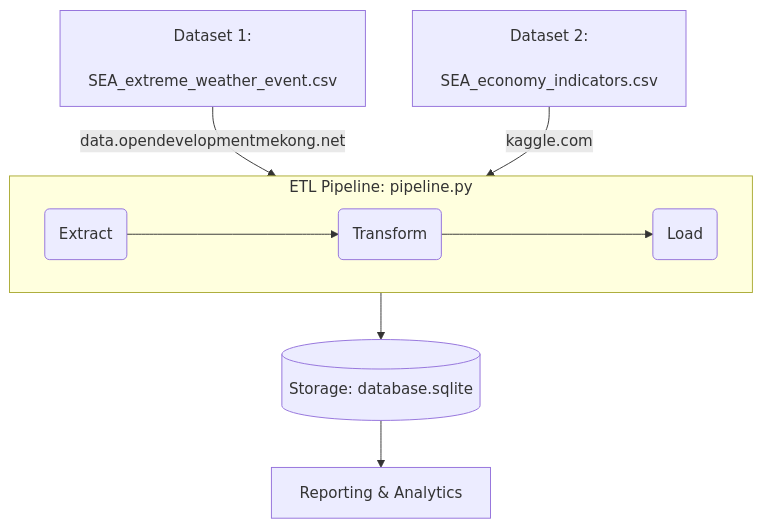
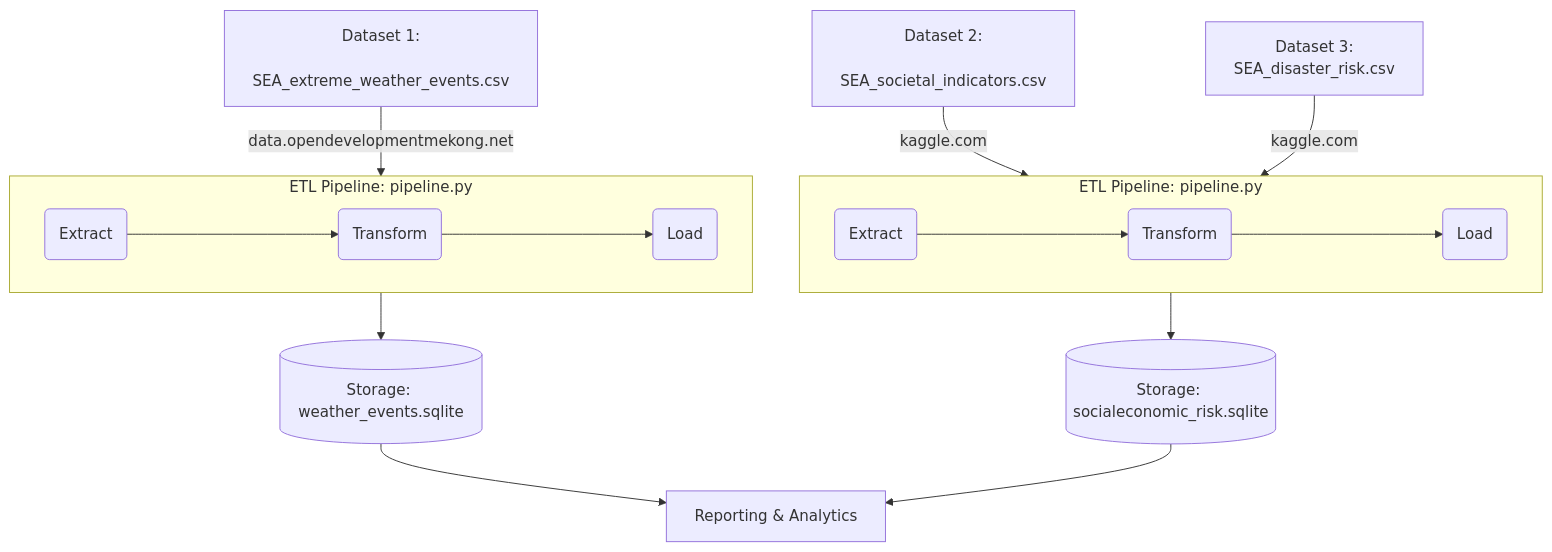
One commit to kristen149/FAUdata-enginnering-project changed the diagram in project/project-plan.md. Above: the diagram before and after it, drawn with Mermaid. The commit also changed other lines of this file, not shown here.

````diff
--- a/project/project-plan.md
+++ b/project/project-plan.md
@@ -52,12 +96,20 @@
 ``` mermaid
 flowchart TB
-  subgraph SUB0[ETL Pipeline: pipeline.py]
+  
+  A[Dataset 1:
+    SEA_extreme_weather_events.csv] --data.opendevelopmentmekong.net--> SUB0 --> db1[("Storage: weather_events.sqlite")] --> G[Reporting & Analytics] 
+  B[Dataset 2:
+    SEA_societal_indicators.csv] --kaggle.com --> SUB1 
+  C[Dataset 3:
+    SEA_disaster_risk.csv] --kaggle.com --> SUB1
+  SUB1 --> db2[("Storage: socialeconomic_risk.sqlite")] --> G[Reporting & Analytics]
+
+subgraph SUB1[ETL Pipeline: pipeline.py]
+ direction LR
+    I(Extract)----> K(Transform)---->L(Load)
+end
+subgraph SUB0[ETL Pipeline: pipeline.py]
     direction LR
-    C(Extract)----> D(Transform)----> E(Load)
-  end
-
-  A[Dataset 1:
-    SEA_extreme_weather_event.csv] --data.opendevelopmentmekong.net--> SUB0 --> db[("Storage: database.sqlite")] --> G[Reporting & Analytics] 
-  B[Dataset 2:
-    SEA_economy_indicators.csv] --kaggle.com --> SUB0
+    D(Extract)----> E(Transform)----> F(Load)
+end
 ```
````
